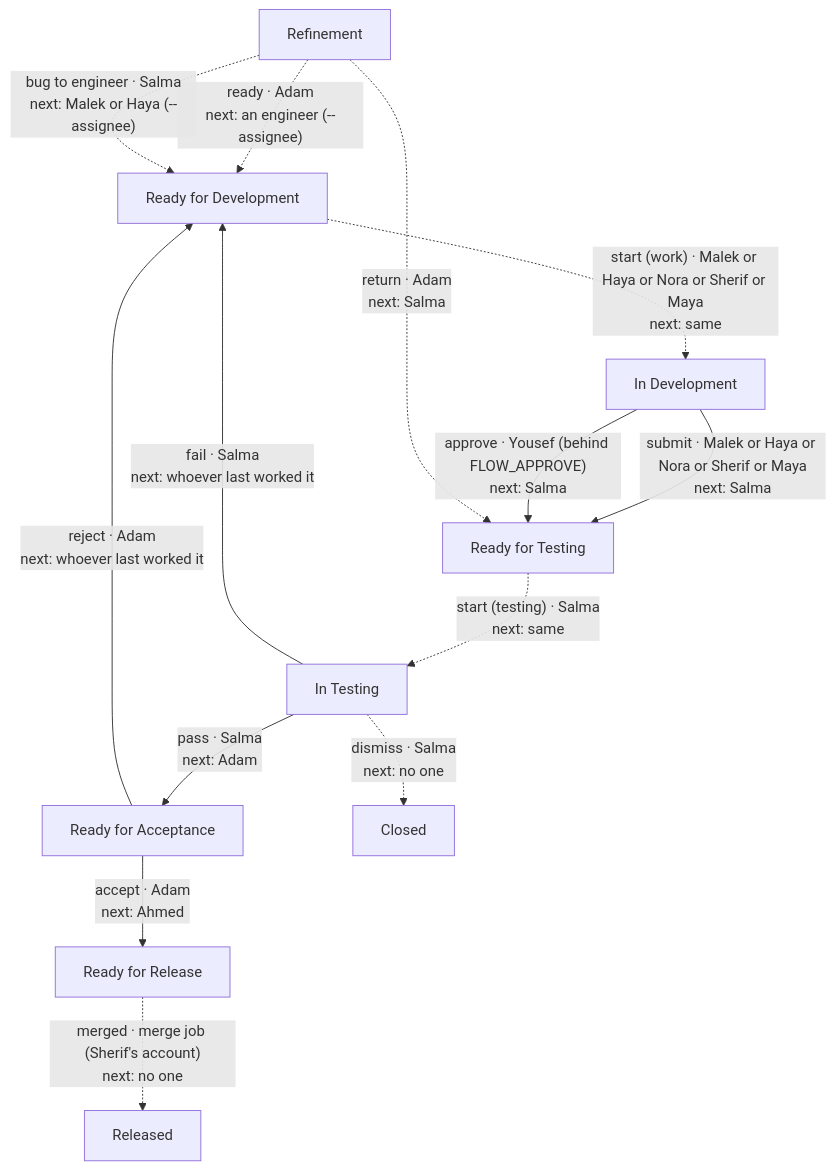
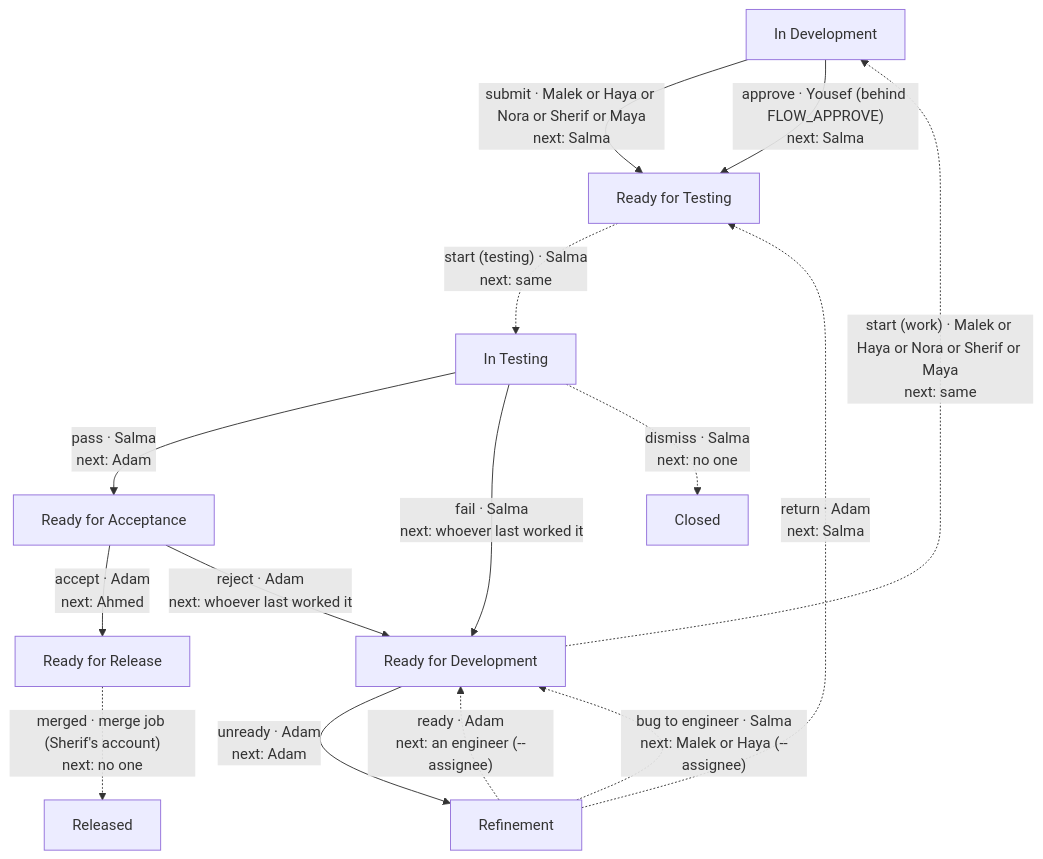
The diagram in standards/dfp-flow.md (ahmedoraby-eng/engineering-playbook), drawn with Mermaid before and after one commit. The commit also changed other lines of this file and 2 other files, not shown here.

First line of the commit message:
atl jira-flow unready: Ready for Development back to Refinement for Adam (the Fix Version backstop's applier uses it)

````diff
--- a/standards/dfp-flow.md
+++ b/standards/dfp-flow.md
@@ -9,25 +9,26 @@
 ```mermaid
 flowchart TD
-    refinement["Refinement"]
-    ready_for_development["Ready for Development"]
+    in_development["In Development"]
     ready_for_testing["Ready for Testing"]
-    in_development["In Development"]
     in_testing["In Testing"]
     ready_for_acceptance["Ready for Acceptance"]
+    ready_for_development["Ready for Development"]
     closed["Closed"]
     ready_for_release["Ready for Release"]
+    refinement["Refinement"]
     released["Released"]
     in_development -->|"submit · Malek or Haya or Nora or Sherif or Maya<br/>next: Salma"| ready_for_testing
     in_testing -->|"pass · Salma<br/>next: Adam"| ready_for_acceptance
     in_testing -->|"fail · Salma<br/>next: whoever last worked it"| ready_for_development
     ready_for_acceptance -->|"accept · Adam<br/>next: Ahmed"| ready_for_release
     ready_for_acceptance -->|"reject · Adam<br/>next: whoever last worked it"| ready_for_development
+    ready_for_development -->|"unready · Adam<br/>next: Adam"| refinement
     in_development -->|"approve · Yousef (behind FLOW_APPROVE)<br/>next: Salma"| ready_for_testing
     refinement -.->|"ready · Adam<br/>next: an engineer (--assignee)"| ready_for_development
     refinement -.->|"return · Adam<br/>next: Salma"| ready_for_testing
     refinement -.->|"bug to engineer · Salma<br/>next: Malek or Haya (--assignee)"| ready_for_development
     ready_for_development -.->|"start (work) · Malek or Haya or Nora or Sherif or Maya<br/>next: same"| in_development
     ready_for_testing -.->|"start (testing) · Salma<br/>next: same"| in_testing
     in_testing -.->|"dismiss · Salma<br/>next: no one"| closed
     ready_for_release -.->|"merged · merge job (Sherif's account)<br/>next: no one"| released
 ```
````
